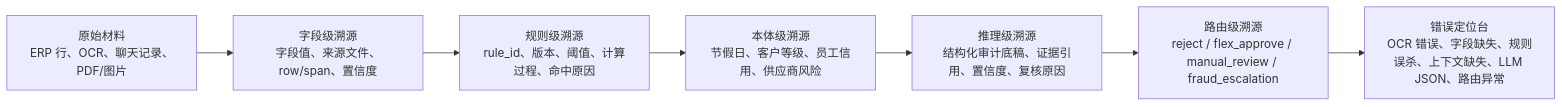
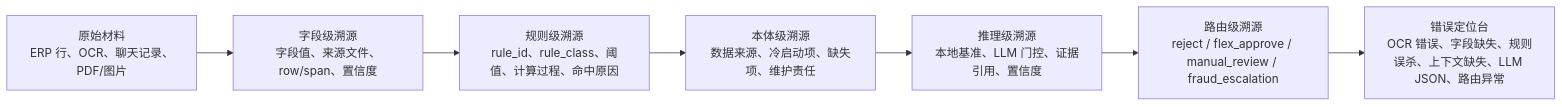
Before and after one commit to wangzichang224-design/FinTrace: the fourth of 5 diagrams in docs/FINTRACE_FLOW.md, drawn with Mermaid. The commit also changed other lines of this file and 16 other files, not shown here.

````diff
--- a/docs/FINTRACE_FLOW.md
+++ b/docs/FINTRACE_FLOW.md
@@ -57,9 +74,9 @@
 ```mermaid
 flowchart LR
     A["原始材料<br/>ERP 行、OCR、聊天记录、PDF/图片"] --> B["字段级溯源<br/>字段值、来源文件、row/span、置信度"]
-    B --> C["规则级溯源<br/>rule_id、版本、阈值、计算过程、命中原因"]
-    C --> D["本体级溯源<br/>节假日、客户等级、员工信用、供应商风险"]
-    D --> E["推理级溯源<br/>结构化审计底稿、证据引用、置信度、复核原因"]
+    B --> C["规则级溯源<br/>rule_id、rule_class、阈值、计算过程、命中原因"]
+    C --> D["本体级溯源<br/>数据来源、冷启动项、缺失项、维护责任"]
+    D --> E["推理级溯源<br/>本地基准、LLM 门控、证据引用、置信度"]
     E --> F["路由级溯源<br/>reject / flex_approve / manual_review / fraud_escalation"]
     F --> G["错误定位台<br/>OCR 错误、字段缺失、规则误杀、上下文缺失、LLM JSON、路由异常"]
 ```
````
